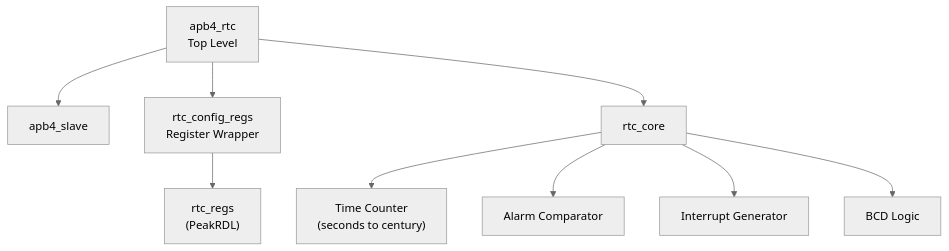
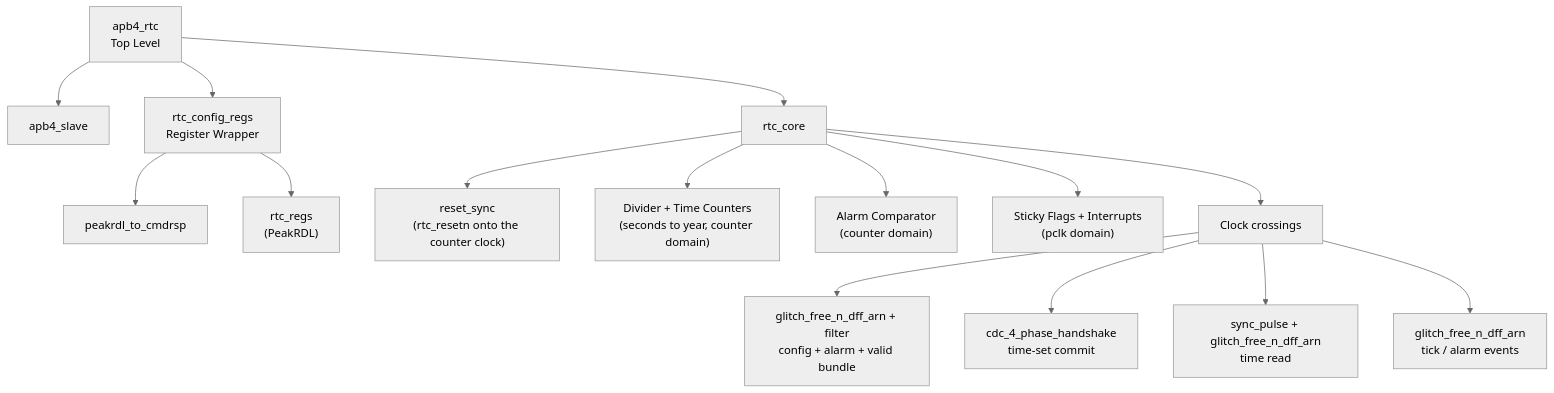
One commit to sean-galloway/RTLDesignSherpa changed the diagram in projects/components/retro_legacy_blocks/docs/rtc_mas/assets/mermaid/rtc_module_hierarchy.mmd. Above: the diagram before and after it, drawn with Mermaid. The commit also changed 31 other files, not shown here.

First line of the commit message:
fix(rlb/rtc): counter domain on rtc_clk with explicit crossings, stage-then-commit time set, coherent reads (#56)

```diff
--- a/projects/components/retro_legacy_blocks/docs/rtc_mas/assets/mermaid/rtc_module_hierarchy.mmd
+++ b/projects/components/retro_legacy_blocks/docs/rtc_mas/assets/mermaid/rtc_module_hierarchy.mmd
@@ -1,13 +1,19 @@
 %%{init: {'theme': 'neutral'}}%%
 flowchart TB
     TOP[apb4_rtc<br/>Top Level]
     TOP --> APB[apb4_slave]
 
     TOP --> CFG[rtc_config_regs<br/>Register Wrapper]
+    CFG --> ADP[peakrdl_to_cmdrsp]
     CFG --> REGS["rtc_regs<br/>(PeakRDL)"]
 
     TOP --> CORE[rtc_core]
-    CORE --> TIME["Time Counter<br/>(seconds to century)"]
-    CORE --> ALARM["Alarm Comparator"]
-    CORE --> INT_GEN["Interrupt Generator"]
-    CORE --> BCD["BCD Logic"]
+    CORE --> RSYNC["reset_sync<br/>(rtc_resetn onto the counter clock)"]
+    CORE --> TIME["Divider + Time Counters<br/>(seconds to year, counter domain)"]
+    CORE --> ALARM["Alarm Comparator<br/>(counter domain)"]
+    CORE --> FLAGS["Sticky Flags + Interrupts<br/>(pclk domain)"]
+    CORE --> CDC["Clock crossings"]
+    CDC --> C1["glitch_free_n_dff_arn + filter<br/>config + alarm + valid bundle"]
+    CDC --> C2["cdc_4_phase_handshake<br/>time-set commit"]
+    CDC --> C3["sync_pulse + glitch_free_n_dff_arn<br/>time read"]
+    CDC --> C4["glitch_free_n_dff_arn<br/>tick / alarm events"]
```
